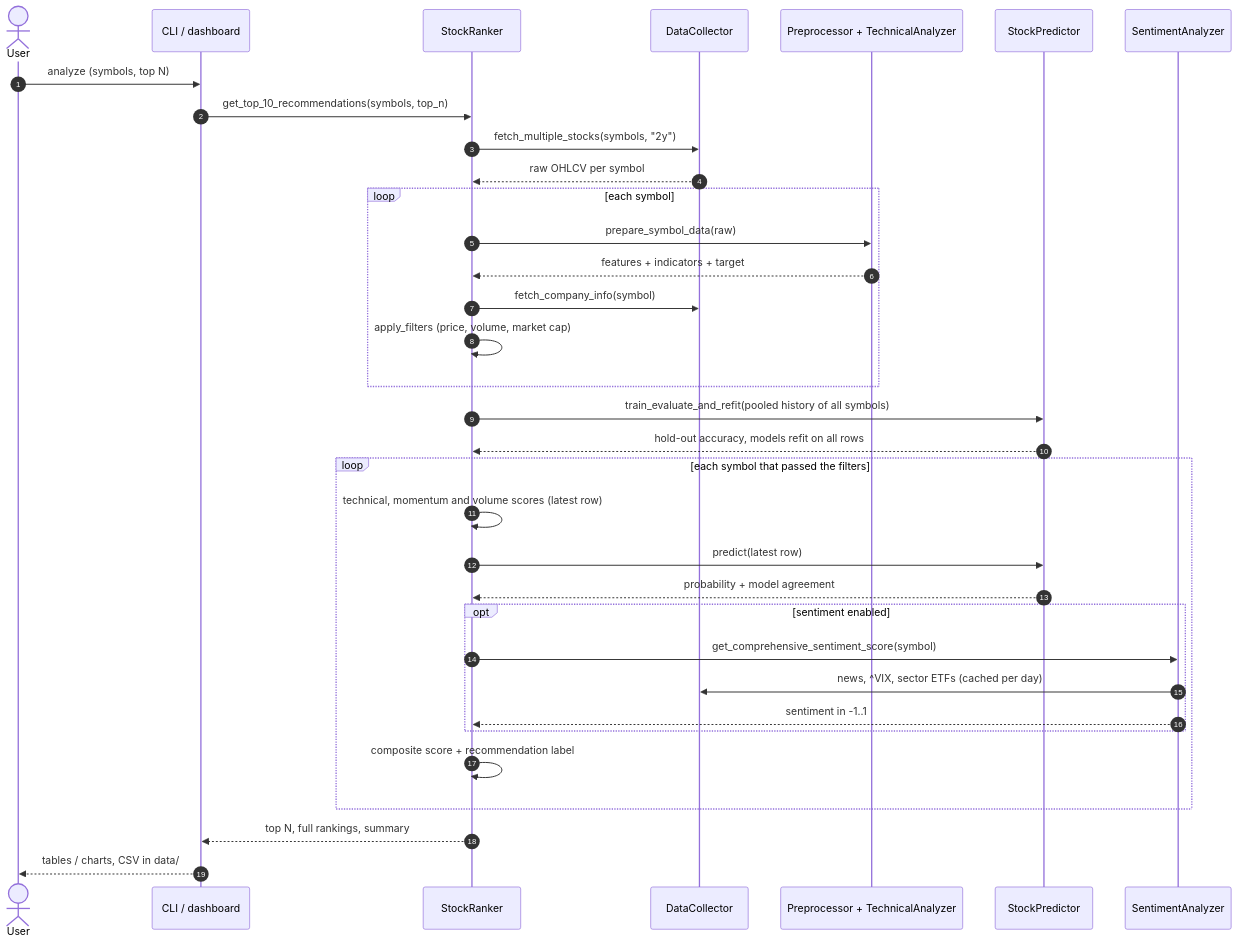
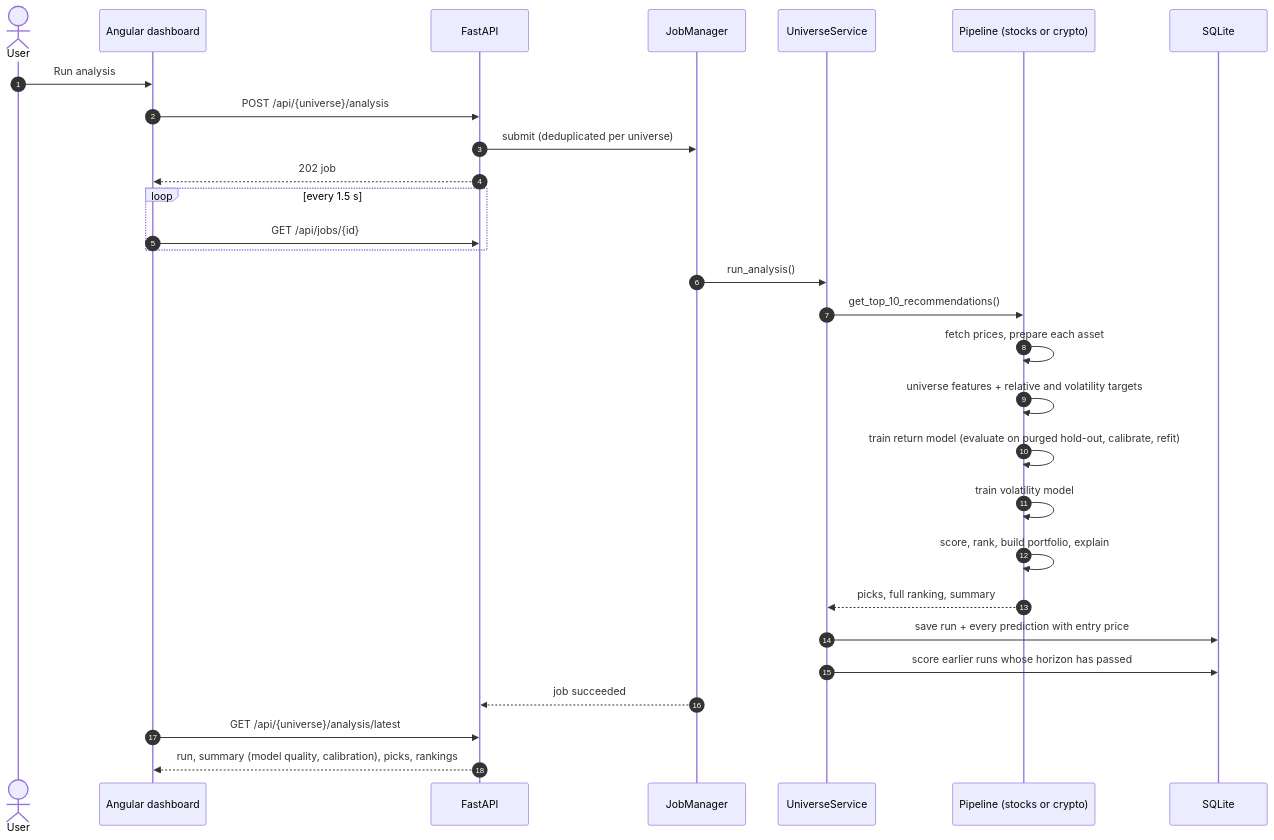
One commit to elyr/stock-market-predictor changed the second of 5 diagrams in docs/ARCHITECTURE.md. Above: the diagram before and after it, drawn with Mermaid. The commit also changed other lines of this file and 93 other files, not shown here.

````diff
--- a/docs/ARCHITECTURE.md
+++ b/docs/ARCHITECTURE.md
@@ -124,37 +155,32 @@
 ```mermaid
 sequenceDiagram
     autonumber
     actor User
-    participant UI as CLI / dashboard
-    participant R as StockRanker
-    participant C as DataCollector
-    participant P as Preprocessor + TechnicalAnalyzer
-    participant M as StockPredictor
-    participant S as SentimentAnalyzer
+    participant UI as Angular dashboard
+    participant API as FastAPI
+    participant J as JobManager
+    participant S as UniverseService
+    participant P as Pipeline (stocks or crypto)
+    participant DB as SQLite
 
-    User->>UI: analyze (symbols, top N)
-    UI->>R: get_top_10_recommendations(symbols, top_n)
-    R->>C: fetch_multiple_stocks(symbols, "2y")
-    C-->>R: raw OHLCV per symbol
-    loop each symbol
-        R->>P: prepare_symbol_data(raw)
-        P-->>R: features + indicators + target
-        R->>C: fetch_company_info(symbol)
-        R->>R: apply_filters (price, volume, market cap)
+    User->>UI: Run analysis
+    UI->>API: POST /api/{universe}/analysis
+    API->>J: submit (deduplicated per universe)
+    API-->>UI: 202 job
+    loop every 1.5 s
+        UI->>API: GET /api/jobs/{id}
     end
-    R->>M: train_evaluate_and_refit(pooled history of all symbols)
-    M-->>R: hold-out accuracy, models refit on all rows
-    loop each symbol that passed the filters
-        R->>R: technical, momentum and volume scores (latest row)
-        R->>M: predict(latest row)
-        M-->>R: probability + model agreement
-        opt sentiment enabled
-            R->>S: get_comprehensive_sentiment_score(symbol)
-            S->>C: news, ^VIX, sector ETFs (cached per day)
-            S-->>R: sentiment in -1..1
-        end
-        R->>R: composite score + recommendation label
-    end
-    R-->>UI: top N, full rankings, summary
-    UI-->>User: tables / charts, CSV in data/
+    J->>S: run_analysis()
+    S->>P: get_top_10_recommendations()
+    P->>P: fetch prices, prepare each asset
+    P->>P: universe features + relative and volatility targets
+    P->>P: train return model (evaluate on purged hold-out, calibrate, refit)
+    P->>P: train volatility model
+    P->>P: score, rank, build portfolio, explain
+    P-->>S: picks, full ranking, summary
+    S->>DB: save run + every prediction with entry price
+    S->>DB: score earlier runs whose horizon has passed
+    J-->>API: job succeeded
+    UI->>API: GET /api/{universe}/analysis/latest
+    API-->>UI: run, summary (model quality, calibration), picks, rankings
 ```
````
